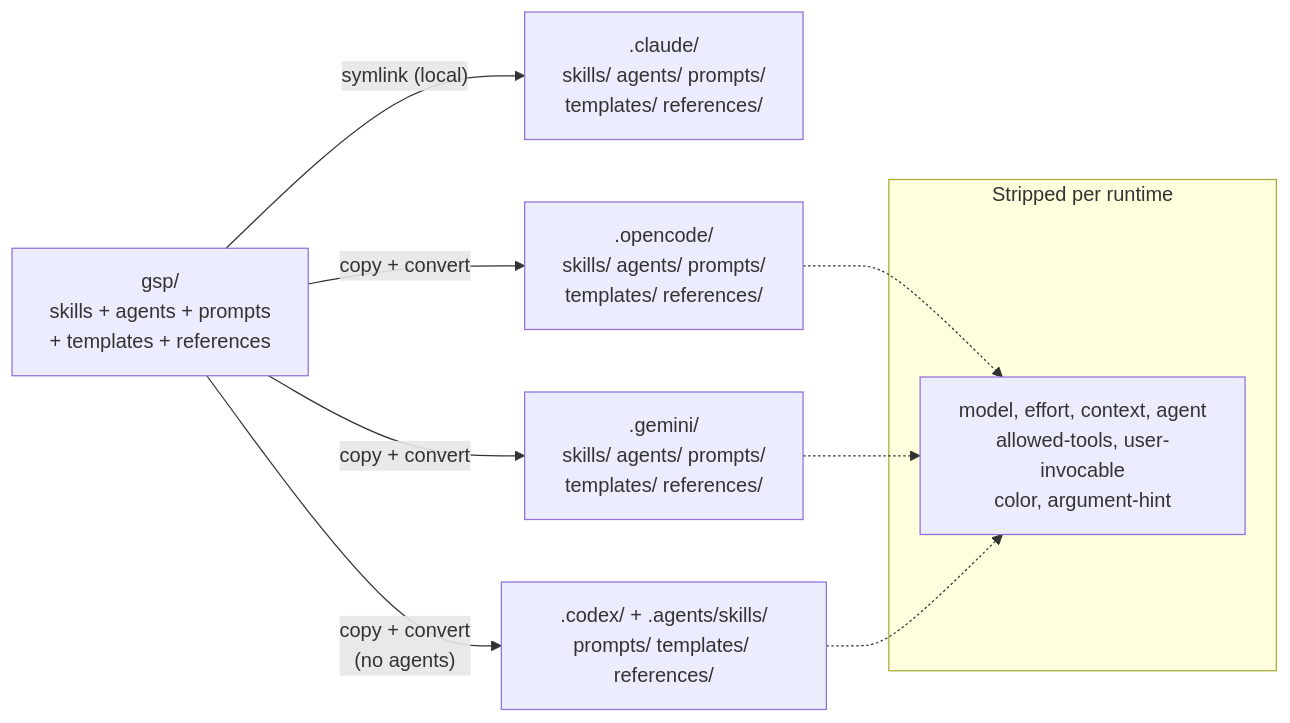
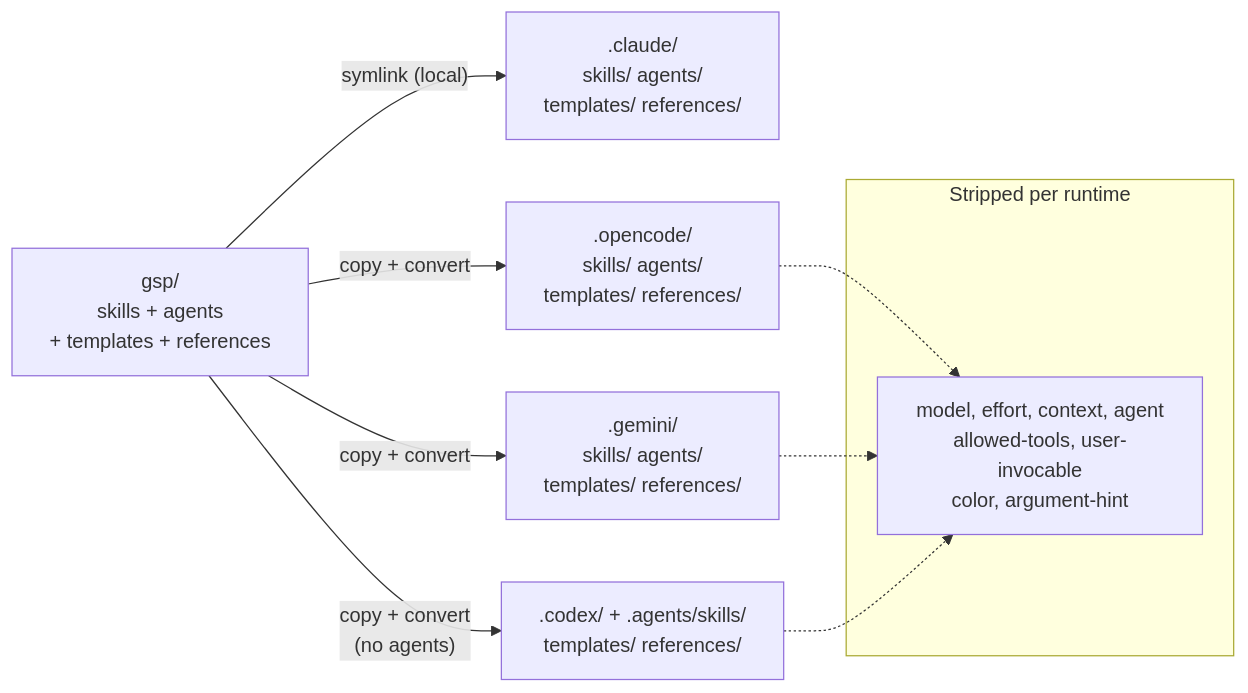
Before and after one commit to jubscodes/get-shit-pretty: the eighth of 8 diagrams in ARCHITECTURE.md, drawn with Mermaid. The commit also changed other lines of this file and 136 other files, not shown here.

First line of the commit message:
feat(brand): style schema, domain skills, guidelines pipeline rewrite (#76)

````diff
--- a/ARCHITECTURE.md
+++ b/ARCHITECTURE.md
@@ -290,17 +290,17 @@
 ```mermaid
 graph LR
-    SRC["gsp/<br/>skills + agents + prompts<br/>+ templates + references"]
+    SRC["gsp/<br/>skills + agents<br/>+ templates + references"]
 
-    SRC -->|"symlink (local)"| CC[".claude/<br/>skills/ agents/ prompts/<br/>templates/ references/"]
-    SRC -->|"copy + convert"| OC[".opencode/<br/>skills/ agents/ prompts/<br/>templates/ references/"]
-    SRC -->|"copy + convert"| GE[".gemini/<br/>skills/ agents/ prompts/<br/>templates/ references/"]
-    SRC -->|"copy + convert<br/>(no agents)"| CX[".codex/ + .agents/skills/<br/>prompts/ templates/ references/"]
+    SRC -->|"symlink (local)"| CC[".claude/<br/>skills/ agents/<br/>templates/ references/"]
+    SRC -->|"copy + convert"| OC[".opencode/<br/>skills/ agents/<br/>templates/ references/"]
+    SRC -->|"copy + convert"| GE[".gemini/<br/>skills/ agents/<br/>templates/ references/"]
+    SRC -->|"copy + convert<br/>(no agents)"| CX[".codex/ + .agents/skills/<br/>templates/ references/"]
 
     subgraph "Stripped per runtime"
         ST["model, effort, context, agent<br/>allowed-tools, user-invocable<br/>color, argument-hint"]
     end
 
     OC -.-> ST
     GE -.-> ST
     CX -.-> ST
 ```
````
